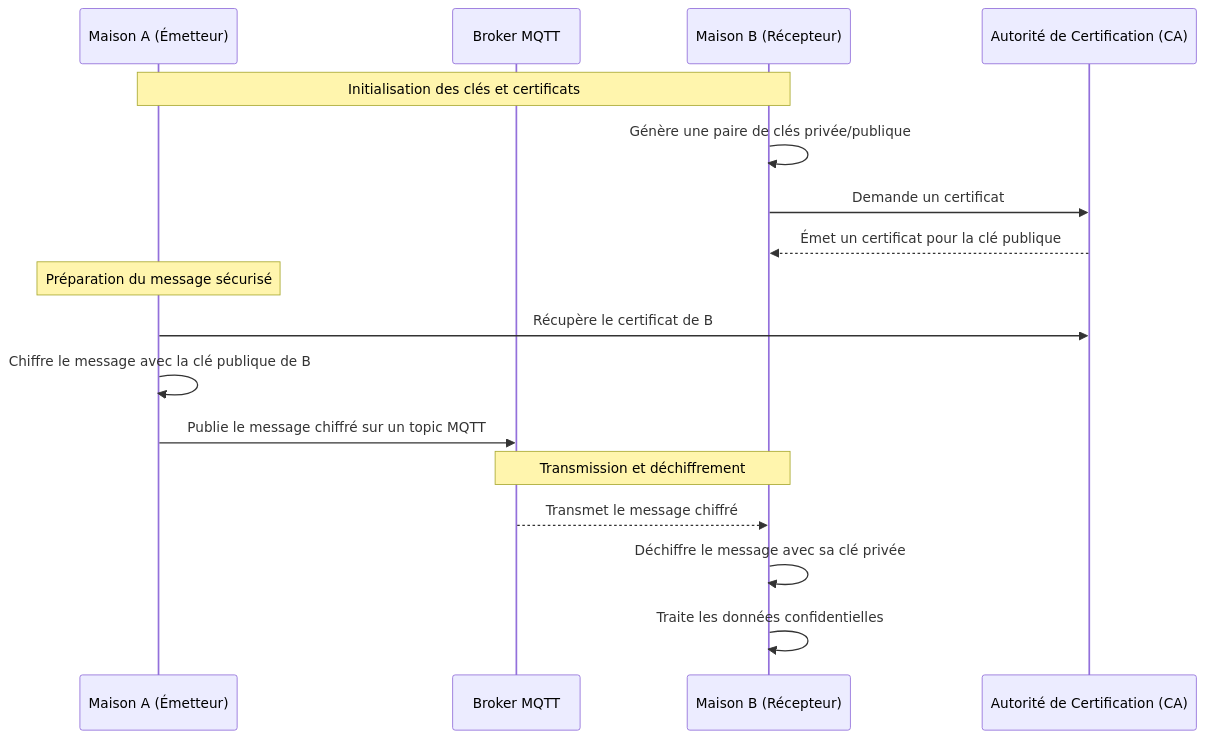
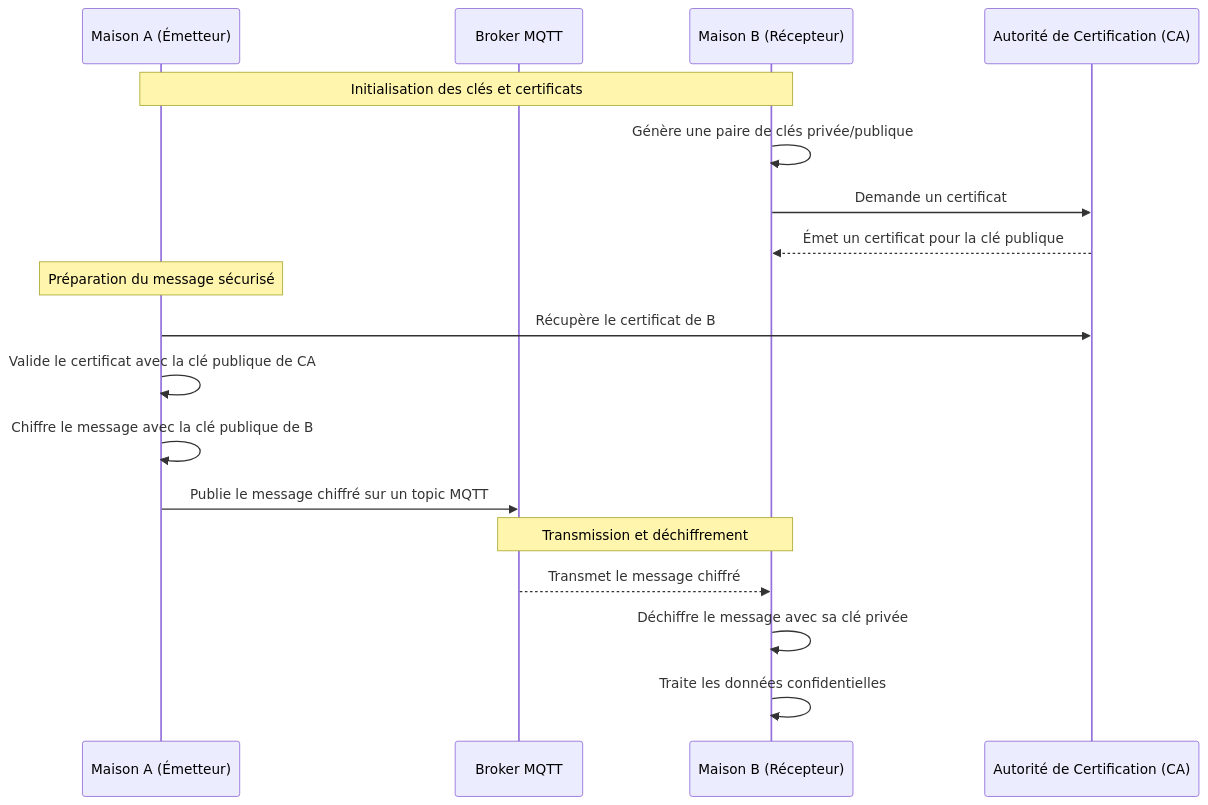
One commit to termimi/321-Prog_distrib changed the diagram in supports/confidentialite.md. Above: the diagram before and after it, drawn with Mermaid.

Commit message:
review(support): Adjust the secured message exchange sequence diagram

````diff
--- a/supports/confidentialite.md
+++ b/supports/confidentialite.md
@@ -38,19 +38,20 @@
 ```mermaid
 sequenceDiagram
     participant A as Maison A (Émetteur)
     participant Broker as Broker MQTT
     participant B as Maison B (Récepteur)
     participant CA as Autorité de Certification (CA)
     Note over A, B: Initialisation des clés et certificats
     B ->> B: Génère une paire de clés privée/publique
     B ->> CA: Demande un certificat
     CA -->> B: Émet un certificat pour la clé publique
     Note over A: Préparation du message sécurisé
     A ->> CA: Récupère le certificat de B
+    A ->> A: Valide le certificat avec la clé publique de CA
     A ->> A: Chiffre le message avec la clé publique de B
     A ->> Broker: Publie le message chiffré sur un topic MQTT
     Note over Broker, B: Transmission et déchiffrement
     Broker -->> B: Transmet le message chiffré
     B ->> B: Déchiffre le message avec sa clé privée
     B ->> B: Traite les données confidentielles
 ```
````
